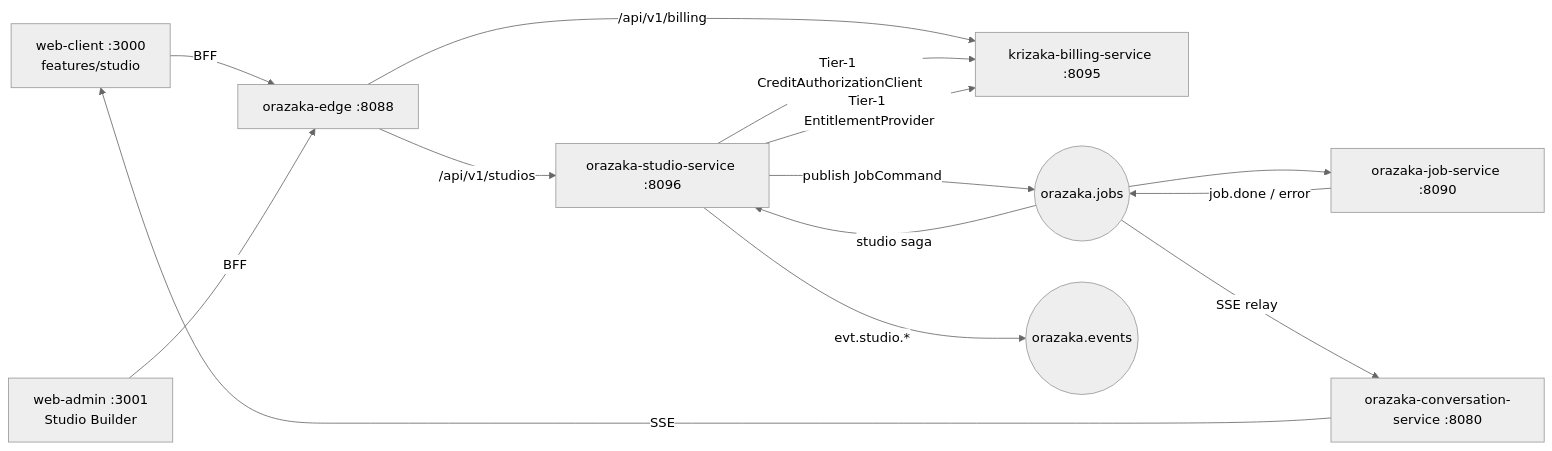
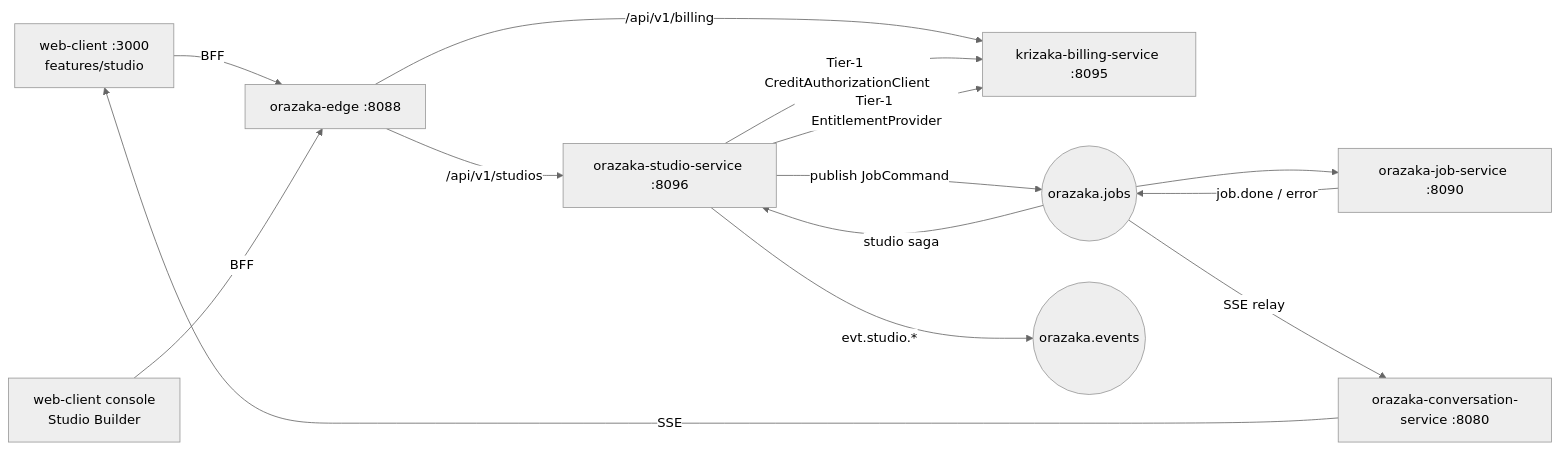
The first of 2 diagrams in docs/STUDIO_ARCHITECTURE.md (krizaka/orazaka), drawn with Mermaid (neutral theme) before and after one commit. The commit also changed other lines of this file and 14 other files, not shown here.

Commit message:
docs: the operator console is part of orazaka-web-client (retire orazaka-web-admin references)

````diff
--- a/docs/STUDIO_ARCHITECTURE.md
+++ b/docs/STUDIO_ARCHITECTURE.md
@@ -125,16 +125,16 @@
 ```mermaid
 graph LR
   UI["web-client :3000<br/>features/studio"] -->|BFF| EDGE["orazaka-edge :8088"]
-  ADMIN["web-admin :3001<br/>Studio Builder"] -->|BFF| EDGE
+  ADMIN["web-client console<br/>Studio Builder"] -->|BFF| EDGE
   EDGE -->|/api/v1/studios| STU["orazaka-studio-service :8096"]
   EDGE -->|/api/v1/billing| BIL["krizaka-billing-service :8095"]
   STU -->|Tier-1 CreditAuthorizationClient| BIL
   STU -->|Tier-1 EntitlementProvider| BIL
   STU -->|publish JobCommand| MQ(("orazaka.jobs"))
   MQ --> JOB["orazaka-job-service :8090"]
   JOB -->|job.done / error| MQ
   MQ -->|studio saga| STU
   MQ -->|SSE relay| CONV["orazaka-conversation-service :8080"]
   CONV -->|SSE| UI
   STU -->|evt.studio.*| EVT(("orazaka.events"))
 ```
````
